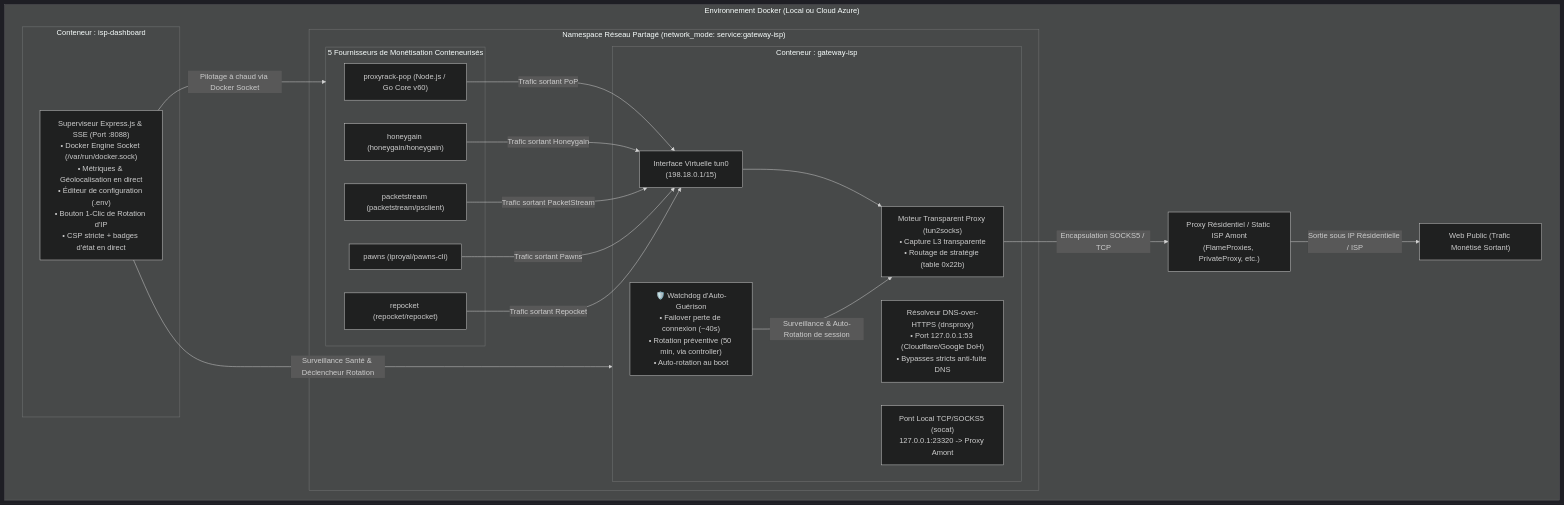
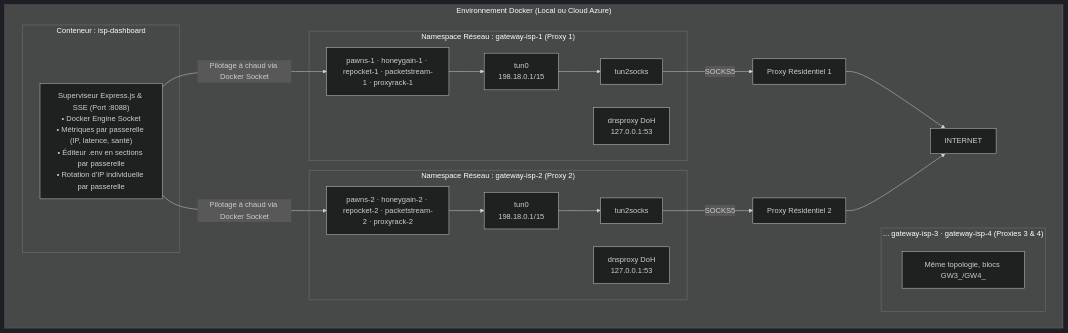
The diagram in README.md (ki2pixel/proxy_docker), drawn with Mermaid (dark theme) before and after one commit. The commit also changed other lines of this file and 20 other files, not shown here.

First line of the commit message:
feat(gateway): architecture multi-passerelles — 4 gateway-isp parallèles (4 pools d'IP)

````diff
--- a/README.md
+++ b/README.md
@@ -11,44 +11,32 @@
 ```mermaid
 graph TD
     subgraph Docker ["Environnement Docker (Local ou Cloud Azure)"]
-        subgraph NetNamespace ["Namespace Réseau Partagé (network_mode: service:gateway-isp)"]
-            
-            subgraph GatewayContainer ["Conteneur : gateway-isp"]
-                TUN["Interface Virtuelle tun0<br>(198.18.0.1/15)"]
-                T2S["Moteur Transparent Proxy (tun2socks)<br>• Capture L3 transparente<br>• Routage de stratégie (table 0x22b)"]
-                DOH["Résolveur DNS-over-HTTPS (dnsproxy)<br>• Port 127.0.0.1:53 (Cloudflare/Google DoH)<br>• Bypasses stricts anti-fuite DNS"]
-                WD["🛡️ Watchdog d'Auto-Guérison<br>• Failover perte de connexion (~40s)<br>• Rotation préventive (50 min, via controller)<br>• Auto-rotation au boot"]
-                SOCAT["Pont Local TCP/SOCKS5 (socat)<br>127.0.0.1:23320 -> Proxy Amont"]
-            end
-            
-            subgraph ProvidersContainers ["5 Fournisseurs de Monétisation Conteneurisés"]
-                PR["proxyrack-pop (Node.js / Go Core v60)"]
-                HG["honeygain (honeygain/honeygain)"]
-                PS["packetstream (packetstream/psclient)"]
-                PA["pawns (iproyal/pawns-cli)"]
-                RP["repocket (repocket/repocket)"]
-            end
+        subgraph GW1 ["Namespace Réseau : gateway-isp-1 (Proxy 1)"]
+            TUN1["tun0<br>198.18.0.1/15"] --> T2S1["tun2socks"]
+            DOH1["dnsproxy DoH<br>127.0.0.1:53"]
+            P1["pawns-1 · honeygain-1 · repocket-1 · packetstream-1 · proxyrack-1"]
+        end
+        subgraph GW2 ["Namespace Réseau : gateway-isp-2 (Proxy 2)"]
+            TUN2["tun0<br>198.18.0.1/15"] --> T2S2["tun2socks"]
+            DOH2["dnsproxy DoH<br>127.0.0.1:53"]
+            P2["pawns-2 · honeygain-2 · repocket-2 · packetstream-2 · proxyrack-2"]
+        end
+        subgraph GW4 ["... gateway-isp-3 · gateway-isp-4 (Proxies 3 & 4)"]
+            P4["Même topologie, blocs GW3_/GW4_"]
         end
 
         subgraph DashboardContainer ["Conteneur : isp-dashboard"]
-            DASH["Superviseur Express.js & SSE (Port :8088)<br>• Docker Engine Socket (/var/run/docker.sock)<br>• Métriques & Géolocalisation en direct<br>• Éditeur de configuration (.env)<br>• Bouton 1-Clic de Rotation d'IP<br>• CSP stricte + badges d'état en direct"]
+            DASH["Superviseur Express.js & SSE (Port :8088)<br>• Docker Engine Socket<br>• Métriques par passerelle (IP, latence, santé)<br>• Éditeur .env en sections par passerelle<br>• Rotation d'IP individuelle par passerelle"]
         end
 
-        UPSTREAM["Proxy Résidentiel / Static ISP Amont<br>(FlameProxies, PrivateProxy, etc.)"]
-        INTERNET["Web Public (Trafic Monétisé Sortant)"]
+        UPSTREAM1["Proxy Résidentiel 1"] --> INTERNET
+        UPSTREAM2["Proxy Résidentiel 2"] --> INTERNET
     end
 
-    PR -->|Trafic sortant PoP| TUN
-    HG -->|Trafic sortant Honeygain| TUN
-    PS -->|Trafic sortant PacketStream| TUN
-    PA -->|Trafic sortant Pawns| TUN
-    RP -->|Trafic sortant Repocket| TUN
-
-    TUN --> T2S
-    T2S -->|Encapsulation SOCKS5 / TCP| UPSTREAM
-    UPSTREAM -->|Sortie sous IP Résidentielle / ISP| INTERNET
-
-    WD -->|Surveillance & Auto-Rotation de session| T2S
-    DASH -->|Pilotage à chaud via Docker Socket| ProvidersContainers
-    DASH -->|Surveillance Santé & Déclencheur Rotation| GatewayContainer
+    P1 --> TUN1
+    P2 --> TUN2
+    T2S1 -->|SOCKS5| UPSTREAM1
+    T2S2 -->|SOCKS5| UPSTREAM2
+    DASH -->|Pilotage à chaud via Docker Socket| P1
+    DASH -->|Pilotage à chaud via Docker Socket| P2
 ```
````
